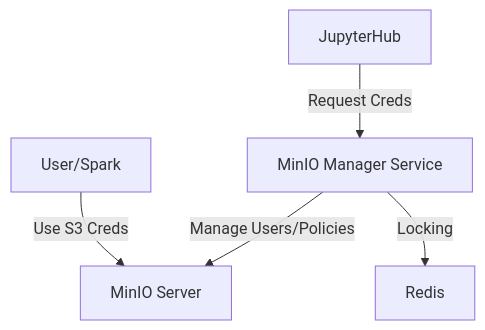
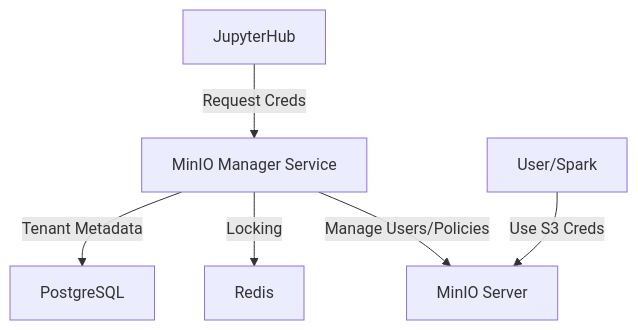
One commit to BERDataLakehouse/berdl_docs changed the diagram in services/minio-manager-service.md. Above: the diagram before and after it, drawn with Mermaid. The commit also changed other lines of this file and 7 other files, not shown here.

````diff
--- a/services/minio-manager-service.md
+++ b/services/minio-manager-service.md
@@ -24,8 +29,9 @@
 ```mermaid
 graph TD
     JH[JupyterHub] -->|Request Creds| MMS[MinIO Manager Service]
     MMS -->|Manage Users/Policies| MIN[MinIO Server]
     MMS -->|Locking| REDIS[Redis]
+    MMS -->|Tenant Metadata| PG[PostgreSQL]
 
     User[User/Spark] -->|Use S3 Creds| MIN
 ```
````
